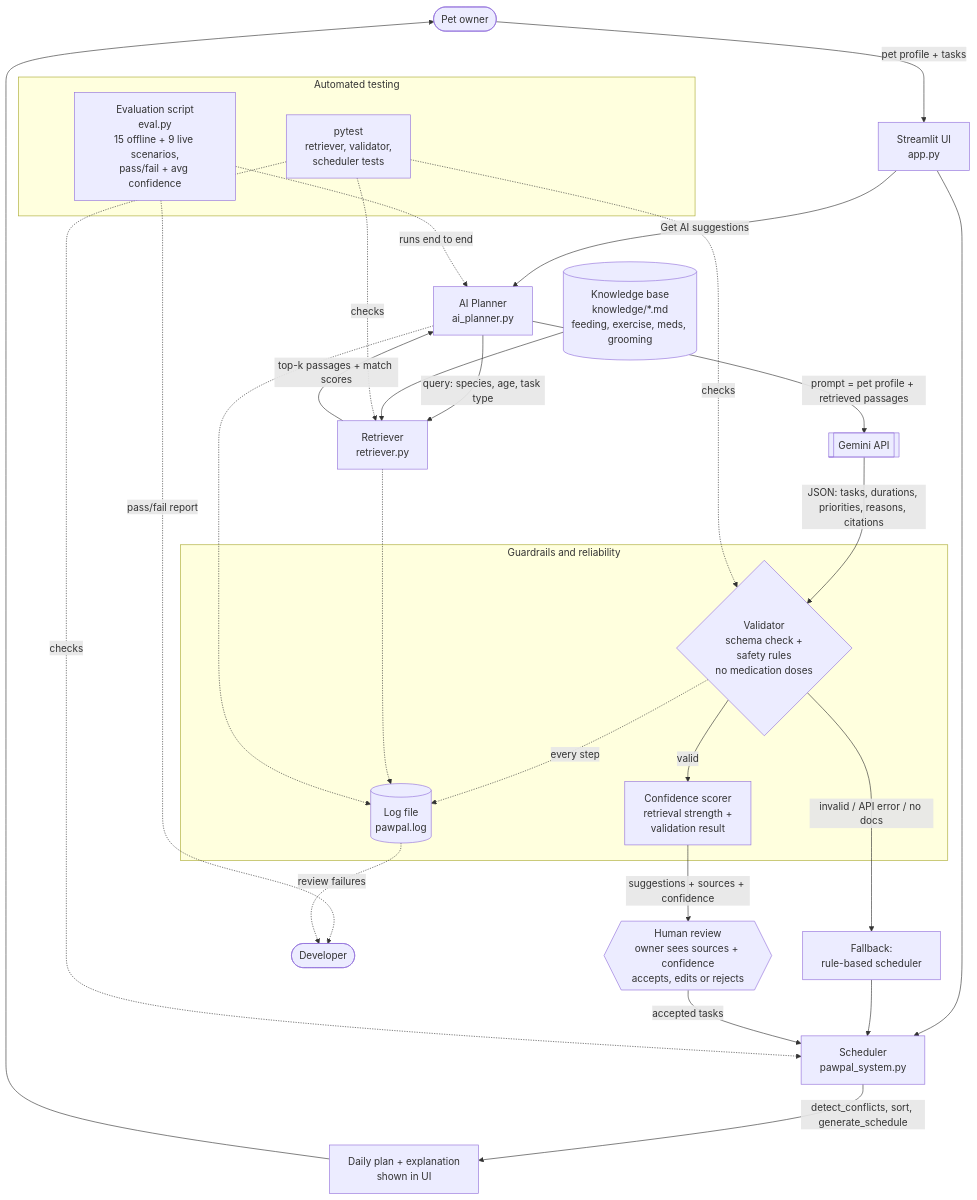
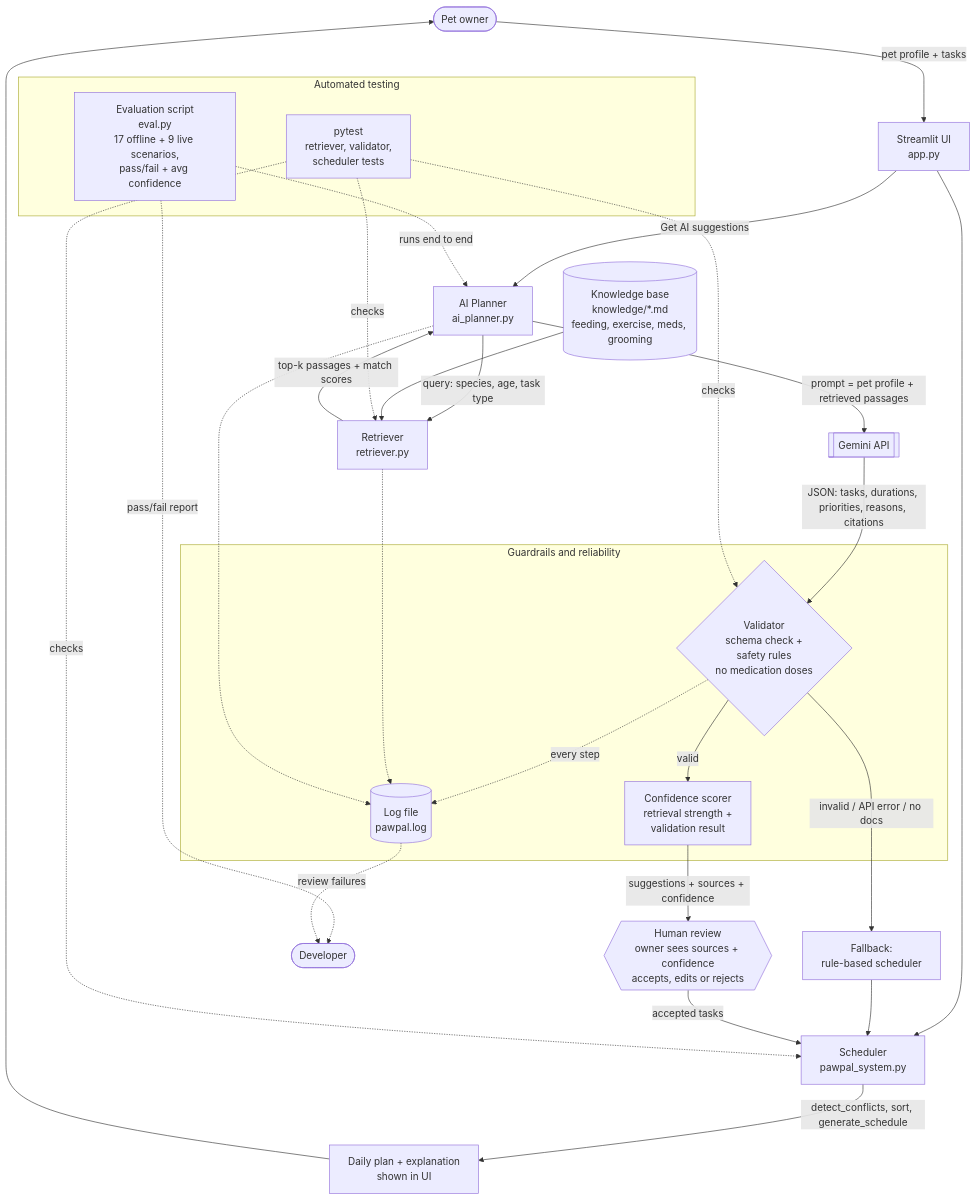
One commit to RuniJiang/applied-ai-system-project changed the diagram in README.md. Above: the diagram before and after it, drawn with Mermaid. The commit also changed other lines of this file, not shown here.

````diff
--- a/README.md
+++ b/README.md
@@ -21,49 +29,49 @@
 ```mermaid
 flowchart TD
     %% ---------- INPUT ----------
     U([Pet owner]) -->|pet profile + tasks| UI[Streamlit UI<br/>app.py]
     UI --> SCH[Scheduler<br/>pawpal_system.py]
 
     %% ---------- RAG PIPELINE ----------
     UI -->|"Get AI suggestions"| PLAN[AI Planner<br/>ai_planner.py]
     KB[(Knowledge base<br/>knowledge/*.md<br/>feeding, exercise, meds, grooming)]
     PLAN -->|query: species, age, task type| RET[Retriever<br/>retriever.py]
     KB --> RET
     RET -->|top-k passages + match scores| PLAN
     PLAN -->|prompt = pet profile + retrieved passages| LLM[[Gemini API]]
     LLM -->|JSON: tasks, durations, priorities, reasons, citations| GRD
 
     %% ---------- GUARDRAILS ----------
     subgraph GUARDS [Guardrails and reliability]
         GRD{Validator<br/>schema check +<br/>safety rules<br/>no medication doses}
         CONF[Confidence scorer<br/>retrieval strength +<br/>validation result]
         LOG[(Log file<br/>pawpal.log)]
     end
     GRD -->|valid| CONF
     GRD -->|invalid / API error / no docs| FALL[Fallback:<br/>rule-based scheduler]
     GRD -.->|every step| LOG
     RET -.-> LOG
     PLAN -.-> LOG
 
     %% ---------- OUTPUT ----------
     CONF -->|suggestions + sources + confidence| REVIEW
     FALL --> SCH
     SCH -->|detect_conflicts, sort, generate_schedule| OUT[Daily plan + explanation<br/>shown in UI]
 
     %% ---------- HUMAN CHECKPOINT ----------
     REVIEW{{Human review<br/>owner sees sources + confidence<br/>accepts, edits or rejects}}
     REVIEW -->|accepted tasks| SCH
     OUT --> U
 
     %% ---------- TESTING ----------
     subgraph TEST [Automated testing]
         PYT[pytest<br/>retriever, validator,<br/>scheduler tests]
-        EVAL[Evaluation script<br/>eval.py<br/>15 offline + 9 live scenarios,<br/>pass/fail + avg confidence]
+        EVAL[Evaluation script<br/>eval.py<br/>17 offline + 9 live scenarios,<br/>pass/fail + avg confidence]
     end
     PYT -.->|checks| RET
     PYT -.->|checks| GRD
     PYT -.->|checks| SCH
     EVAL -.->|runs end to end| PLAN
     EVAL -.->|pass/fail report| DEV([Developer])
     LOG -.->|review failures| DEV
 ```
````
